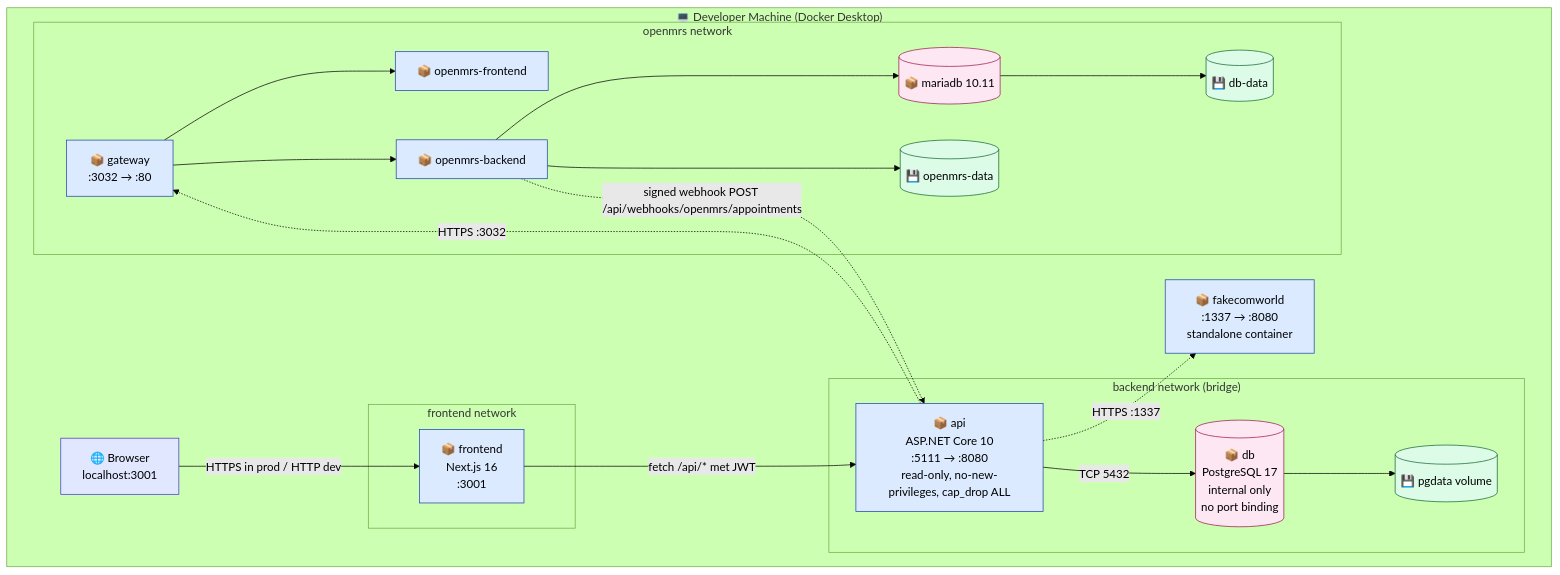
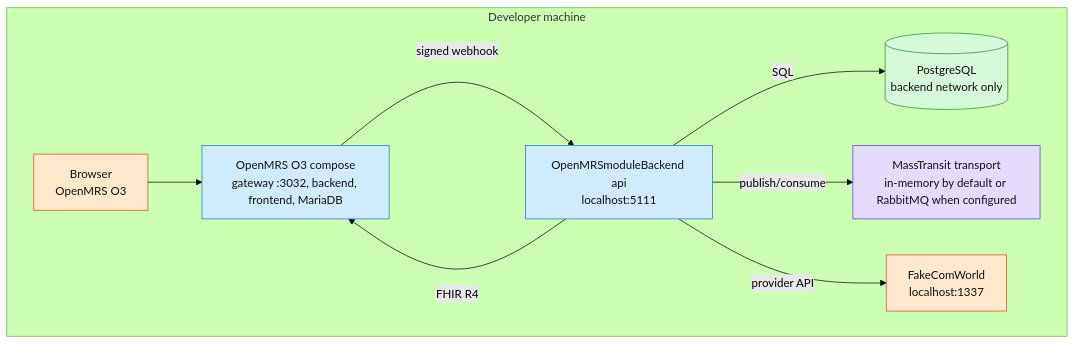
One commit to Rishyansyal/OpenMRSmoduleBackend changed the diagram in docs/c4/diagrams/09-deployment-1.mmd. Above: the diagram before and after it, drawn with Mermaid (forest theme). The commit also changed 160 other files, not shown here.

```diff
--- a/docs/c4/diagrams/09-deployment-1.mmd
+++ b/docs/c4/diagrams/09-deployment-1.mmd
@@ -1,45 +1,22 @@
 flowchart TB
-    classDef host fill:#f1f5f9,stroke:#475569,stroke-width:2px,color:#000
-    classDef network fill:#fef9c3,stroke:#a16207,stroke-width:1px,color:#000
-    classDef container fill:#dbeafe,stroke:#1e40af,stroke-width:1px,color:#000
-    classDef db fill:#fce7f3,stroke:#9d174d,stroke-width:1px,color:#000
-    classDef ext fill:#e0e7ff,stroke:#4338ca,stroke-width:1px,color:#000
-    classDef volume fill:#dcfce7,stroke:#166534,stroke-width:1px,color:#000
+    classDef host fill:#f8f9fa,stroke:#495057,color:#111
+    classDef container fill:#d0ebff,stroke:#1971c2,color:#111
+    classDef db fill:#d3f9d8,stroke:#2b8a3e,color:#111
+    classDef queue fill:#e5dbff,stroke:#5f3dc4,color:#111
+    classDef ext fill:#ffe8cc,stroke:#d9480f,color:#111
 
-    subgraph Host["💻 Developer Machine (Docker Desktop)"]
-        Browser["🌐 Browser<br/>localhost:3001"]:::ext
-
-        subgraph netFront["frontend network"]
-            FE["📦 frontend<br/>Next.js 16<br/>:3001"]:::container
-        end
-
-        subgraph netBackend["backend network (bridge)"]
-            API["📦 api<br/>ASP.NET Core 10<br/>:5111 → :8080<br/>read-only, no-new-privileges, cap_drop ALL"]:::container
-            DB[("📦 db<br/>PostgreSQL 17<br/>internal only<br/>no port binding")]:::db
-            VolPG[("💾 pgdata volume")]:::volume
-        end
-
-        subgraph netOMRS["openmrs network"]
-            GW["📦 gateway<br/>:3032 → :80"]:::container
-            OMFE["📦 openmrs-frontend"]:::container
-            OMBE["📦 openmrs-backend"]:::container
-            OMDB[("📦 mariadb 10.11")]:::db
-            VolOMRS[("💾 openmrs-data")]:::volume
-            VolDB[("💾 db-data")]:::volume
-        end
-
-        FAKE["📦 fakecomworld<br/>:1337 → :8080<br/>standalone container"]:::container
+    subgraph host["Developer machine"]
+        browser["Browser<br/>OpenMRS O3"]:::ext
+        fake["FakeComWorld<br/>localhost:1337"]:::ext
+        openmrs["OpenMRS O3 compose<br/>gateway :3032, backend, frontend, MariaDB"]:::container
+        api["OpenMRSmoduleBackend api<br/>localhost:5111"]:::container
+        pg[("PostgreSQL<br/>backend network only")]:::db
+        bus["MassTransit transport<br/>in-memory by default or RabbitMQ when configured"]:::queue
     end
 
-    Browser -->|HTTPS in prod / HTTP dev| FE
-    FE -->|fetch /api/* met JWT| API
-    API -->|TCP 5432| DB
-    DB --> VolPG
-    API -.->|HTTPS :3032| GW
-    GW --> OMFE
-    GW --> OMBE
-    OMBE --> OMDB
-    OMBE --> VolOMRS
-    OMDB --> VolDB
-    API -.->|HTTPS :1337| FAKE
-    OMBE -.->|signed webhook POST /api/webhooks/openmrs/appointments| API
+    browser --> openmrs
+    openmrs -->|"signed webhook"| api
+    api -->|"FHIR R4"| openmrs
+    api -->|"SQL"| pg
+    api -->|"publish/consume"| bus
+    api -->|"provider API"| fake
```
